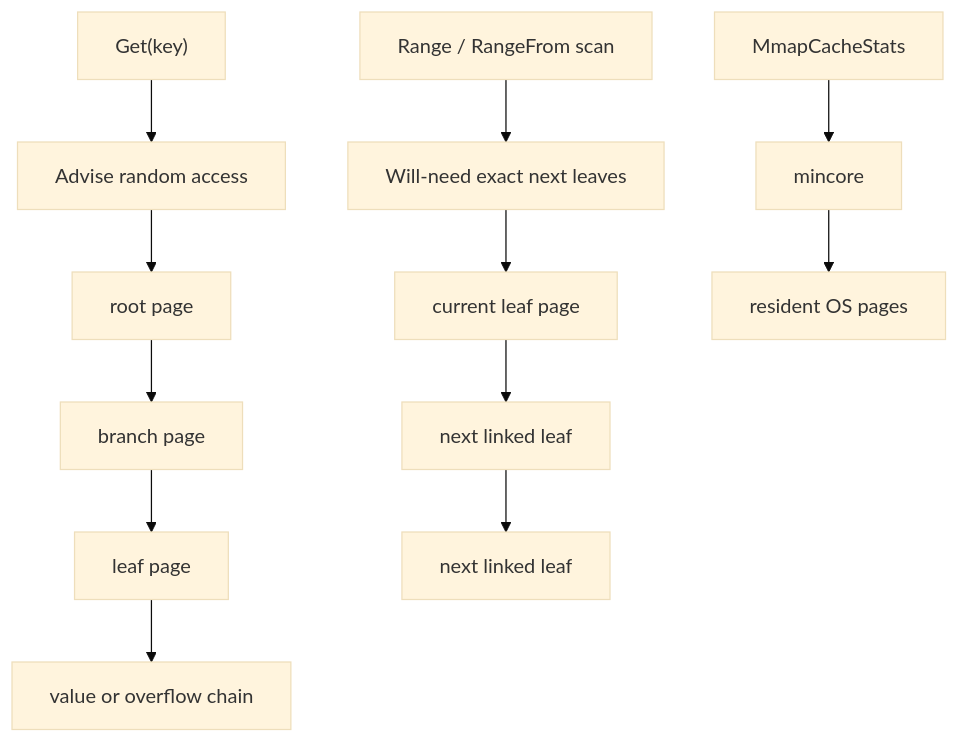
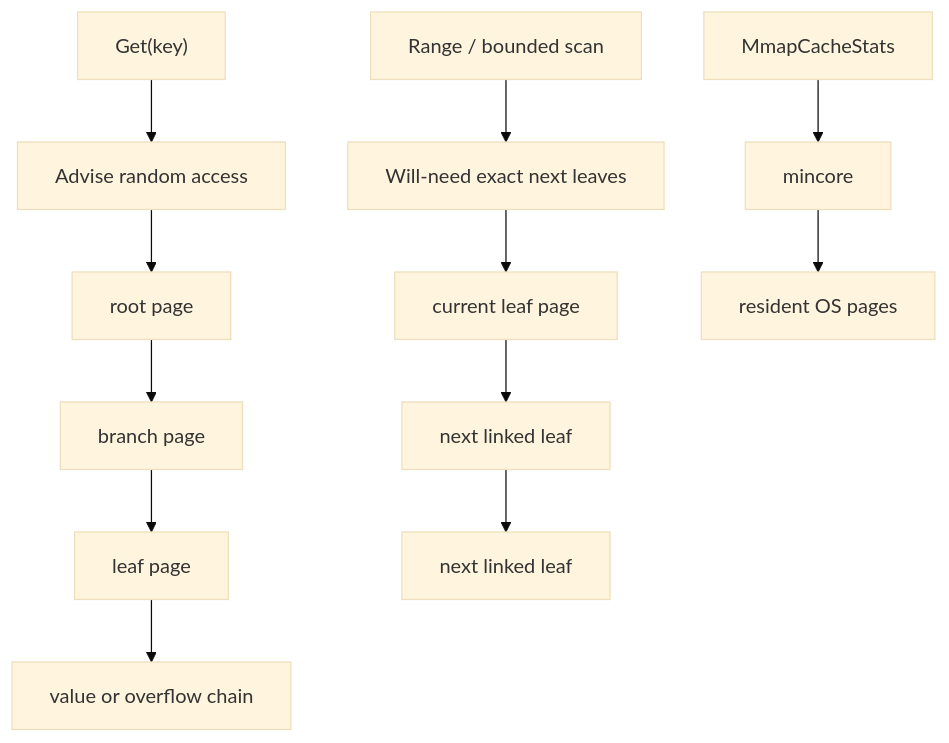
Before and after one commit to hadamrd/cow-btree-course: the third of 4 diagrams in docs/08-mmap-backed-pages.md, drawn with Mermaid (base theme). The commit also changed other lines of this file and 11 other files, not shown here.

Commit message:
feat: add bounded page range scans

````diff
--- a/docs/08-mmap-backed-pages.md
+++ b/docs/08-mmap-backed-pages.md
@@ -102,16 +102,16 @@
 ```mermaid
 flowchart TD
     G["Get(key)"] --> A["Advise random access"]
     A --> R["root page"]
     R --> B["branch page"]
     B --> L["leaf page"]
     L --> V["value or overflow chain"]
 
-    S["Range / RangeFrom scan"] --> Q["Will-need exact next leaves"]
+    S["Range / bounded scan"] --> Q["Will-need exact next leaves"]
     Q --> P1["current leaf page"]
     P1 --> P2["next linked leaf"]
     P2 --> P3["next linked leaf"]
 
     C["MmapCacheStats"] --> M["mincore"]
     M --> K["resident OS pages"]
 ```
````
